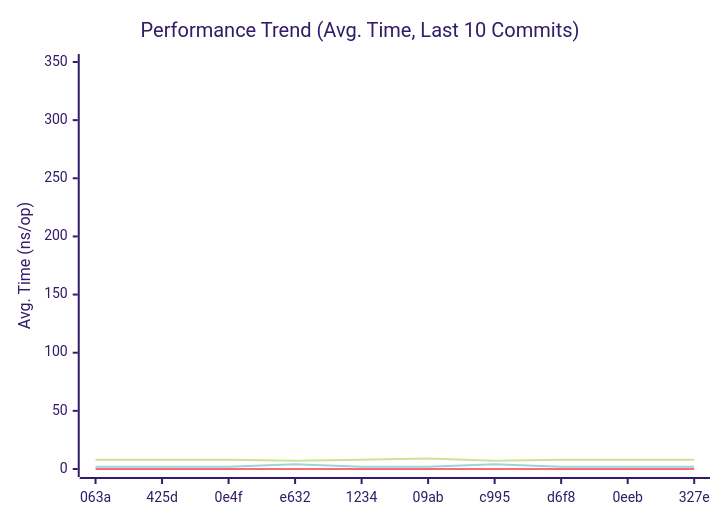
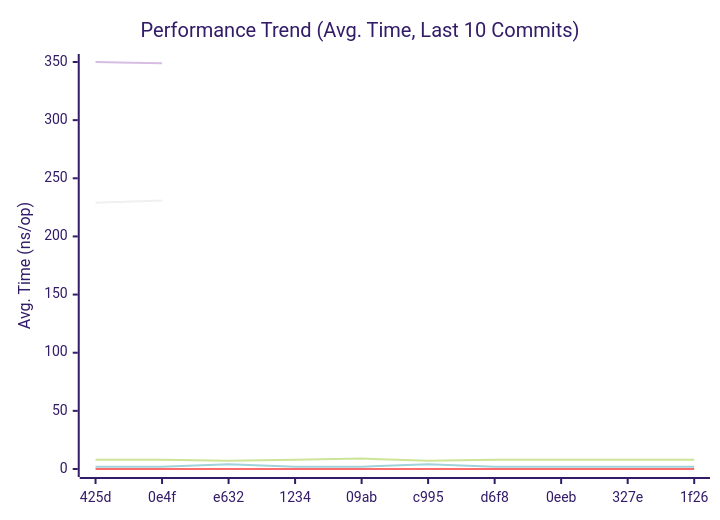
The first of 3 diagrams in doc/README.md (alsotoes/momo), drawn with Mermaid (forest theme) before and after one commit. The commit also changed other lines of this file and 1 other file, not shown here.

````diff
--- a/doc/README.md
+++ b/doc/README.md
@@ -296,12 +296,12 @@
 ```mermaid
 xychart-beta
     title "Performance Trend (Avg. Time, Last 10 Commits)"
     x-axis "Commit"
     y-axis "Avg. Time (ns/op)"
-    x-axis [063a,425d,0e4f,e632,1234,09ab,c995,d6f8,0eeb,327e]
-    line "CheckMetricsAndSwap" [8,8,8,7,8,9,7,8,8,8]
+    x-axis [425d,0e4f,e632,1234,09ab,c995,d6f8,0eeb,327e,1f26]
+    line "CheckMetricsAndSwap" [8,8,7,8,9,7,8,8,8,8]
     line "IndexDirectTracking" [0,0,0,0,0,0,0,0,0,0]
-    line "IndexSearch" [2,2,2,4,2,2,4,2,2,2]
-    line "ParseReplicationOrder_NoPrealloc" [350]
-    line "ParseReplicationOrder_Prealloc" [229]
+    line "IndexSearch" [2,2,4,2,2,4,2,2,2,2]
+    line "ParseReplicationOrder_NoPrealloc" [350,349]
+    line "ParseReplicationOrder_Prealloc" [229,231]
 ```
````
